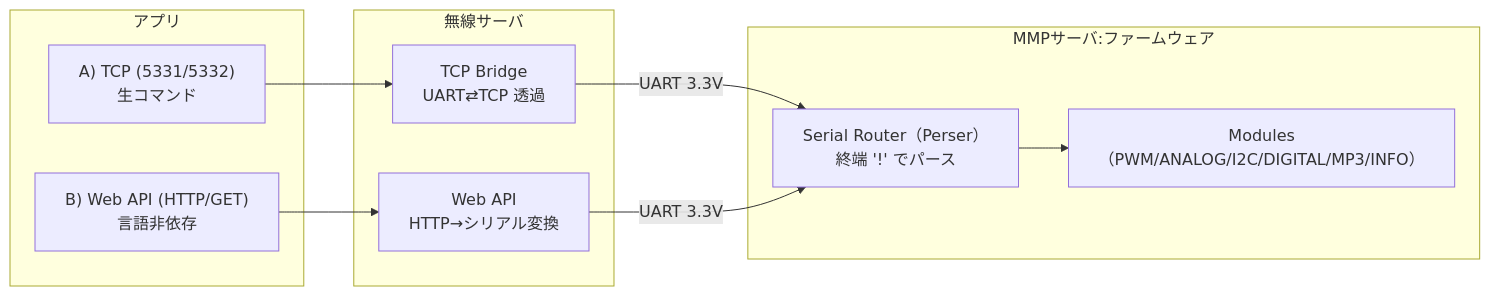
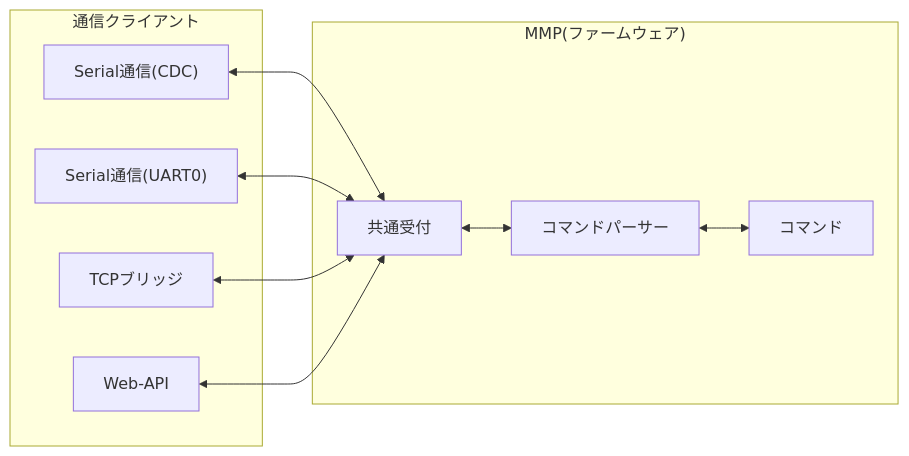
The diagram in ファームウェア/ファームウェア/README.md (kureha001/MMP), drawn with Mermaid before and after one commit. The commit also changed other lines of this file and 25 other files, not shown here.

````diff
--- a/ファームウェア/ファームウェア/README.md
+++ b/ファームウェア/ファームウェア/README.md
@@ -22,28 +24,22 @@
 ```mermaid
 flowchart LR
-  subgraph Client["アプリ"]
-    A1["A) TCP (5331/5332)
-生コマンド"] 
-    A2["B) Web API (HTTP/GET)
-言語非依存"]
+  subgraph Client["通信クライアント"]
+    S1["Serial通信(CDC)"] 
+    S2["Serial通信(UART0)"] 
+    W1["TCPブリッジ"] 
+    W2["Web-API"]
   end
 
-  subgraph Bridge["無線サーバ"]
-    B1["TCP Bridge
-UART⇄TCP 透過"]
-    B2["Web API
-HTTP→シリアル変換"]
+  subgraph Firmware["MMP(ファームウェア)"]
+    R["共通受付"]
+    P["コマンドパーサー"]
+    M["コマンド"]
   end
 
-  subgraph Firmware["MMPサーバ:ファームウェア"]
-    R["Serial Router（Perser）
-終端 '!' でパース"]
-    M["Modules（PWM/ANALOG/I2C/DIGITAL/MP3/INFO）"]
-  end
-
-  A1 --> B1
-  A2 --> B2
-  B1 -->|UART 3.3V| R
-  B2 -->|UART 3.3V| R
-  R --> M
+  S1 <--> R
+  S2 <--> R
+  W1 <--> R
+  W2 <--> R
+  R  <--> P
+  P  <--> M
 ```
````
